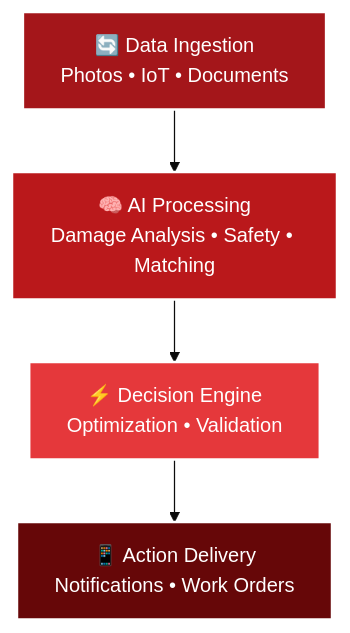
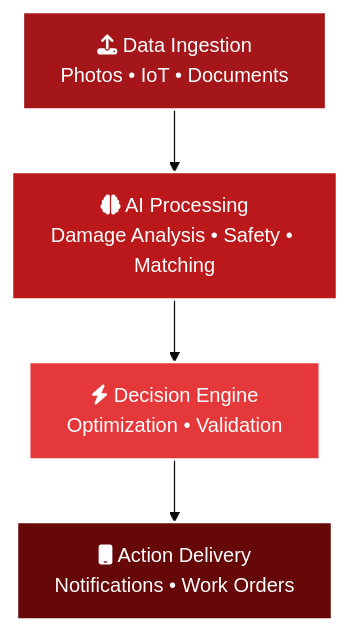
One commit to mishaal79/assigner-deck changed the first of 5 diagrams in assigner-deck/slides.md. Above: the diagram before and after it, drawn with Mermaid (base theme). The commit also changed other lines of this file and 4 other files, not shown here.

````diff
--- a/assigner-deck/slides.md
+++ b/assigner-deck/slides.md
@@ -310,11 +312,11 @@
 ```mermaid
 flowchart TD
-    A["🔄 Data Ingestion<br/>Photos • IoT • Documents"] --> B["🧠 AI Processing<br/>Damage Analysis • Safety • Matching"]
-    B --> C["⚡ Decision Engine<br/>Optimization • Validation"]
-    C --> D["📱 Action Delivery<br/>Notifications • Work Orders"]
+    A["fa:fa-upload Data Ingestion<br/>Photos • IoT • Documents"] --> B["fa:fa-brain AI Processing<br/>Damage Analysis • Safety • Matching"]
+    B --> C["fa:fa-bolt Decision Engine<br/>Optimization • Validation"]
+    C --> D["fa:fa-mobile Action Delivery<br/>Notifications • Work Orders"]
 
     style A fill:#A4161A,stroke:#FFFFFF,stroke-width:2px,color:#FFFFFF
     style B fill:#BA181B,stroke:#FFFFFF,stroke-width:2px,color:#FFFFFF
     style C fill:#E5383B,stroke:#FFFFFF,stroke-width:2px,color:#FFFFFF
     style D fill:#660708,stroke:#FFFFFF,stroke-width:2px,color:#FFFFFF
 ```
````
